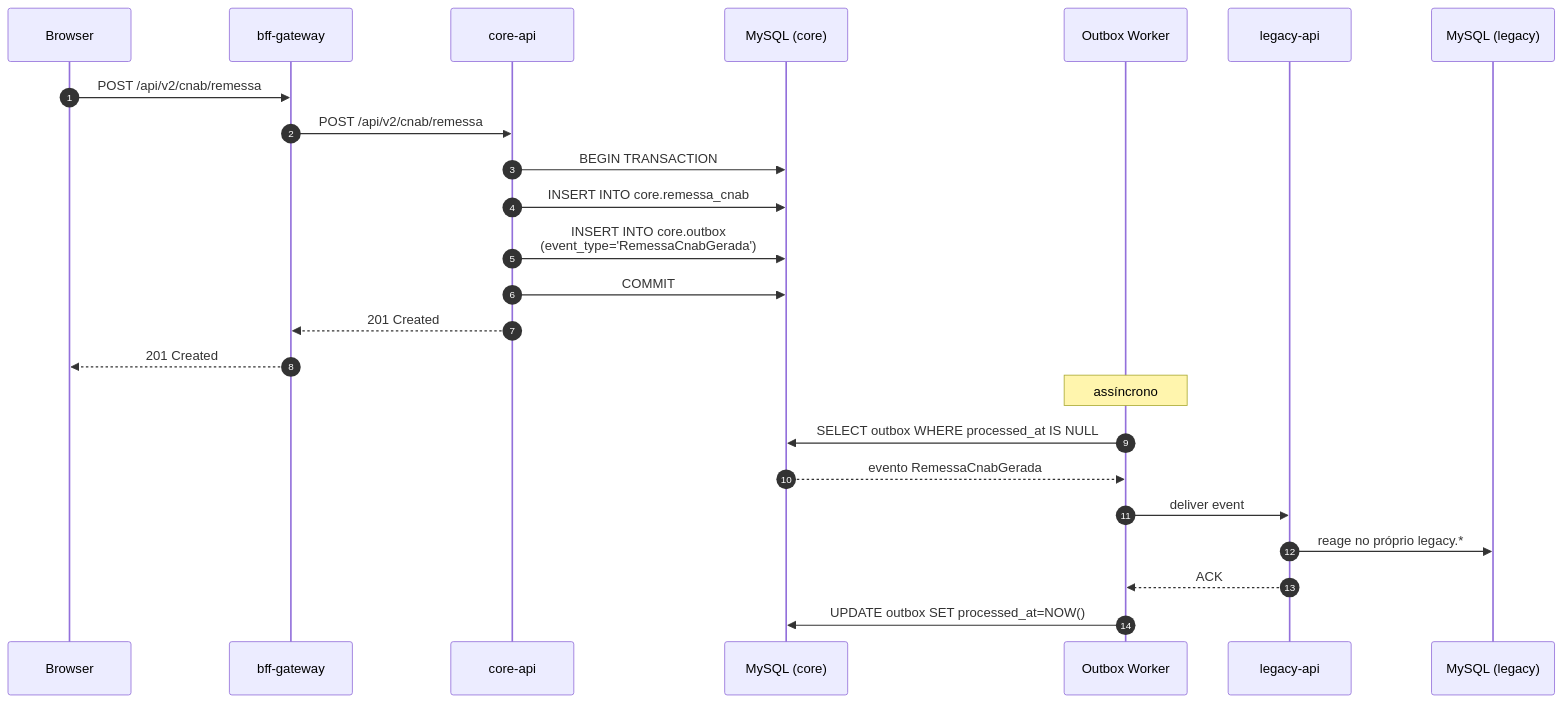
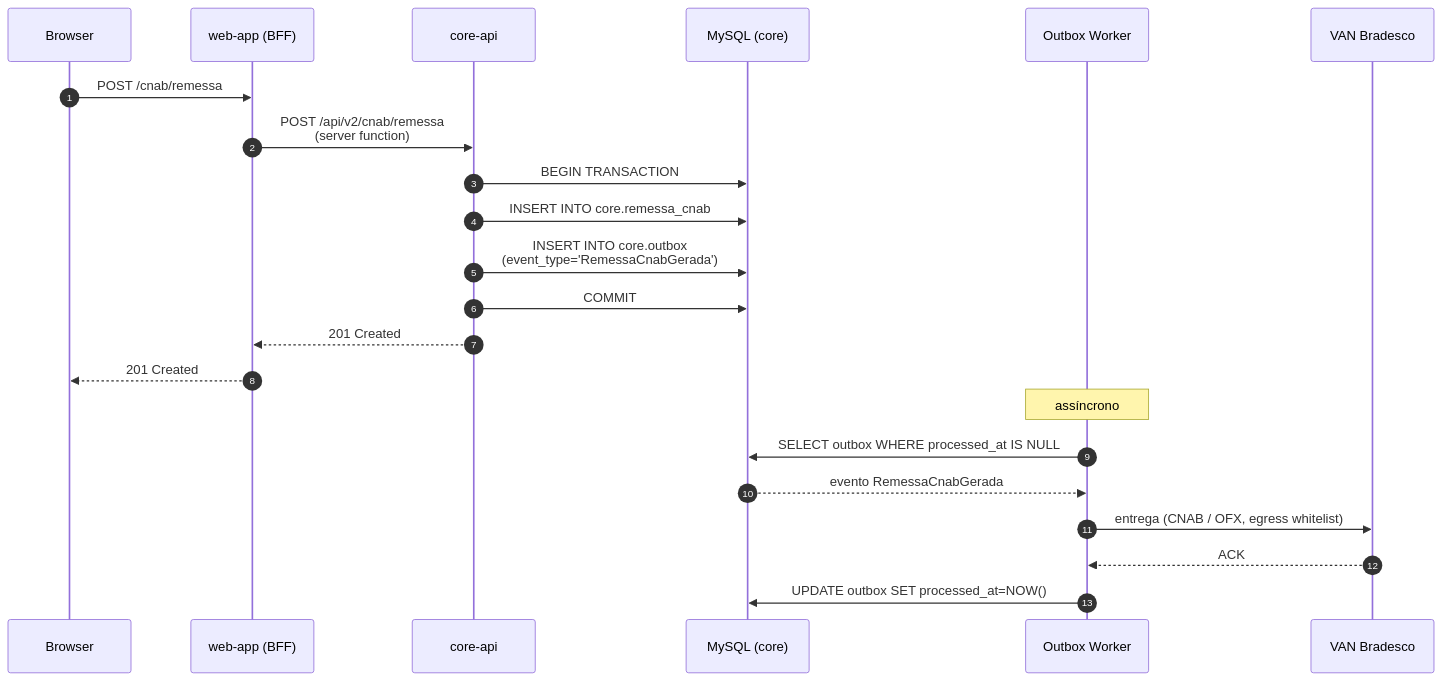
Before and after one commit to ERP-Bem-Comum/ERP-INFRA: the third of 4 diagrams in docs/topology.md, drawn with Mermaid. The commit also changed other lines of this file and 2 other files, not shown here.

First line of the commit message:
docs(infra): alinha topologia à arquitetura atual (web-app BFF embutido)

````diff
--- a/docs/topology.md
+++ b/docs/topology.md
@@ -99,28 +101,26 @@
 ```mermaid
 sequenceDiagram
     autonumber
     participant B as Browser
-    participant BFF as bff-gateway
+    participant WEB as web-app (BFF)
     participant CORE as core-api
     participant CDB as MySQL (core)
     participant W as Outbox Worker
-    participant LEG as legacy-api
-    participant LDB as MySQL (legacy)
+    participant VAN as VAN Bradesco
 
-    B->>BFF: POST /api/v2/cnab/remessa
-    BFF->>CORE: POST /api/v2/cnab/remessa
+    B->>WEB: POST /cnab/remessa
+    WEB->>CORE: POST /api/v2/cnab/remessa<br/>(server function)
     CORE->>CDB: BEGIN TRANSACTION
     CORE->>CDB: INSERT INTO core.remessa_cnab
     CORE->>CDB: INSERT INTO core.outbox<br/>(event_type='RemessaCnabGerada')
     CORE->>CDB: COMMIT
-    CORE-->>BFF: 201 Created
-    BFF-->>B: 201 Created
+    CORE-->>WEB: 201 Created
+    WEB-->>B: 201 Created
 
     Note over W: assíncrono
     W->>CDB: SELECT outbox WHERE processed_at IS NULL
     CDB-->>W: evento RemessaCnabGerada
-    W->>LEG: deliver event
-    LEG->>LDB: reage no próprio legacy.*
-    LEG-->>W: ACK
+    W->>VAN: entrega (CNAB / OFX, egress whitelist)
+    VAN-->>W: ACK
     W->>CDB: UPDATE outbox SET processed_at=NOW()
 ```
````
